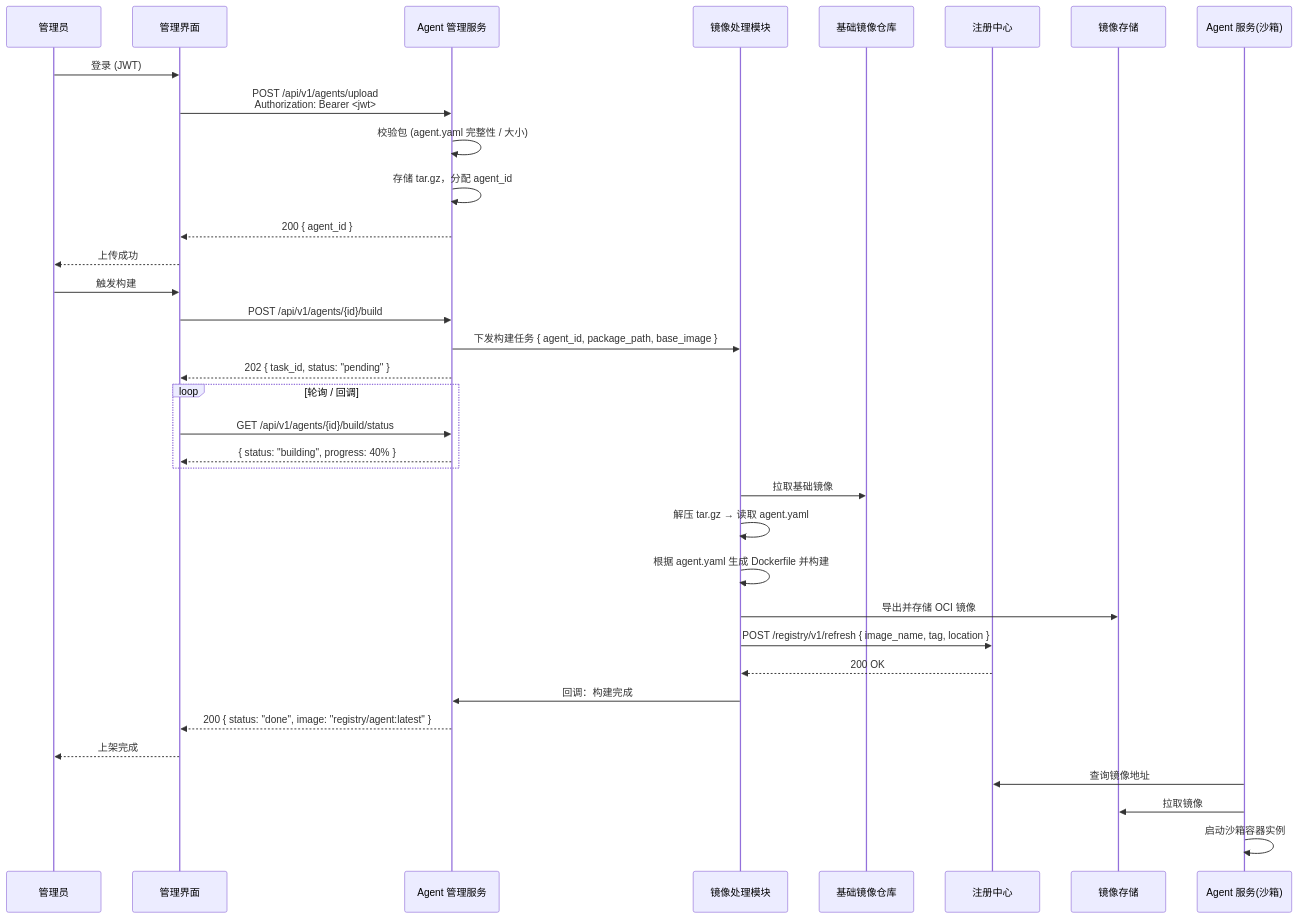
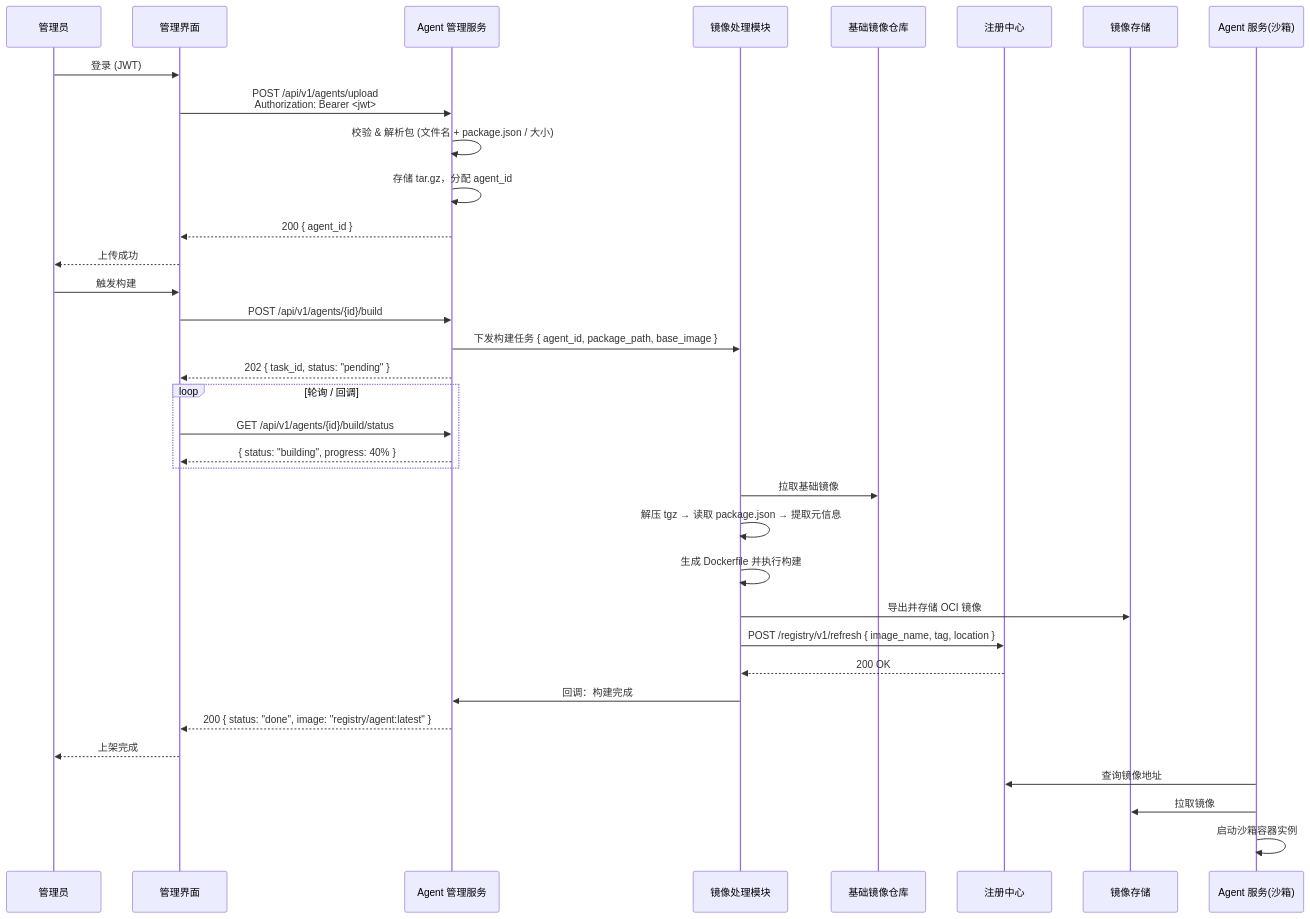
Before and after one commit to csoulnd/InferTechNote: the second of 3 diagrams in codeagent/docs/design/claude-code-offline-install.md, drawn with Mermaid. The commit also changed other lines of this file, not shown here.

Commit message:
docs: 移除 agent.yaml 方案，改为文件名自动解析 + 管理员表单确认

````diff
--- a/codeagent/docs/design/claude-code-offline-install.md
+++ b/codeagent/docs/design/claude-code-offline-install.md
@@ -85,42 +85,42 @@
 ```mermaid
 sequenceDiagram
     participant Admin as 管理员
     participant UI as 管理界面
     participant AM as Agent 管理服务
     participant BE as 镜像处理模块
     participant BR as 基础镜像仓库
     participant REG as 注册中心
     participant STORE as 镜像存储
     participant SBOX as Agent 服务(沙箱)
 
     Admin->>UI: 登录 (JWT)
     UI->>AM: POST /api/v1/agents/upload<br/>Authorization: Bearer <jwt>
-    AM->>AM: 校验包 (agent.yaml 完整性 / 大小)
+    AM->>AM: 校验 & 解析包 (文件名 + package.json / 大小)
     AM->>AM: 存储 tar.gz，分配 agent_id
     AM-->>UI: 200 { agent_id }
     UI-->>Admin: 上传成功
 
     Admin->>UI: 触发构建
     UI->>AM: POST /api/v1/agents/{id}/build
     AM->>BE: 下发构建任务 { agent_id, package_path, base_image }
     AM-->>UI: 202 { task_id, status: "pending" }
 
     loop 轮询 / 回调
         UI->>AM: GET /api/v1/agents/{id}/build/status
         AM-->>UI: { status: "building", progress: 40% }
     end
 
     BE->>BR: 拉取基础镜像
-    BE->>BE: 解压 tar.gz → 读取 agent.yaml
-    BE->>BE: 根据 agent.yaml 生成 Dockerfile 并构建
+    BE->>BE: 解压 tgz → 读取 package.json → 提取元信息
+    BE->>BE: 生成 Dockerfile 并执行构建
     BE->>STORE: 导出并存储 OCI 镜像
     BE->>REG: POST /registry/v1/refresh { image_name, tag, location }
     REG-->>BE: 200 OK
     BE->>AM: 回调：构建完成
     AM-->>UI: 200 { status: "done", image: "registry/agent:latest" }
     UI-->>Admin: 上架完成
 
     SBOX->>REG: 查询镜像地址
     SBOX->>STORE: 拉取镜像
     SBOX->>SBOX: 启动沙箱容器实例
 ```
````
